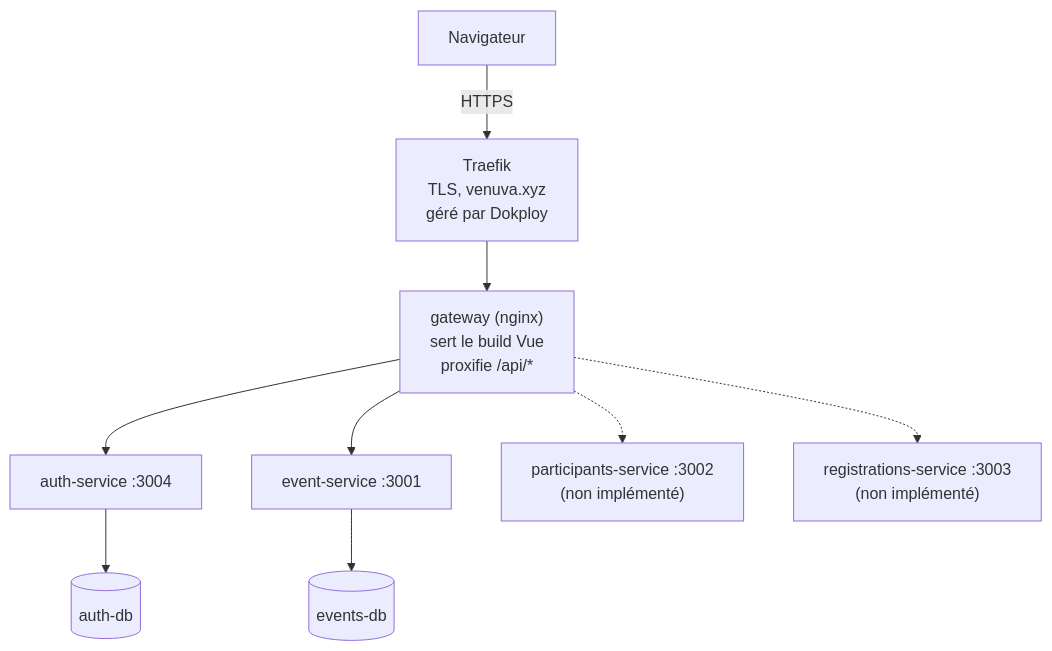
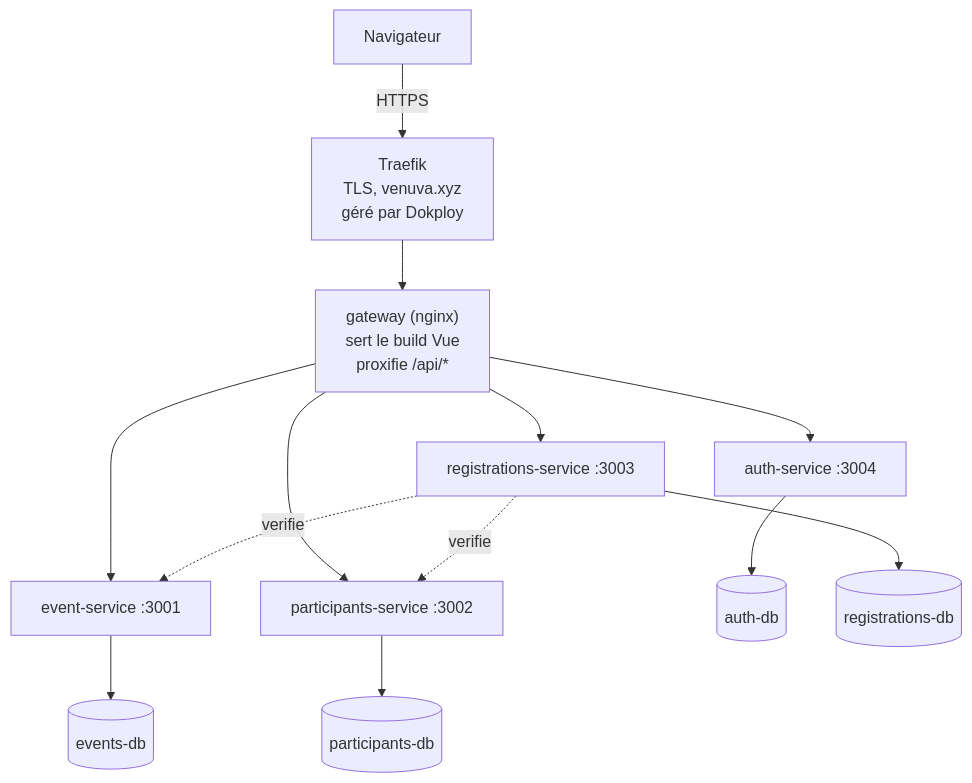
Before and after one commit to traorecheikh/eventis: the diagram in README.md, drawn with Mermaid. The commit also changed other lines of this file and 1 other file, not shown here.

First line of the commit message:
docs: mettre a jour AGENTS.md et README.md apres l'integration participants/registrations

````diff
--- a/README.md
+++ b/README.md
@@ -64,22 +64,28 @@
 ```mermaid
 graph TB
     U[Navigateur]
     T["Traefik<br/>TLS, venuva.xyz<br/>géré par Dokploy"]
     NG["gateway (nginx)<br/>sert le build Vue<br/>proxifie /api/*"]
 
     AU["auth-service :3004"]
     EV["event-service :3001"]
-    PA["participants-service :3002<br/>(non implémenté)"]
-    RE["registrations-service :3003<br/>(non implémenté)"]
+    PA["participants-service :3002"]
+    RE["registrations-service :3003"]
 
     AUDB[("auth-db")]
     EVDB[("events-db")]
+    PADB[("participants-db")]
+    REDB[("registrations-db")]
 
     U -->|HTTPS| T --> NG
     NG --> AU
     NG --> EV
-    NG -.-> PA
-    NG -.-> RE
+    NG --> PA
+    NG --> RE
     AU --> AUDB
     EV --> EVDB
+    PA --> PADB
+    RE --> REDB
+    RE -.->|verifie| EV
+    RE -.->|verifie| PA
 ```
````
